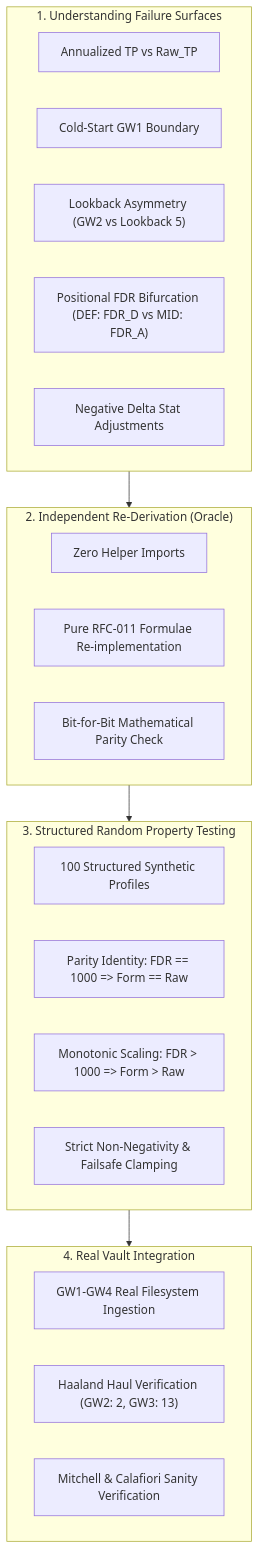
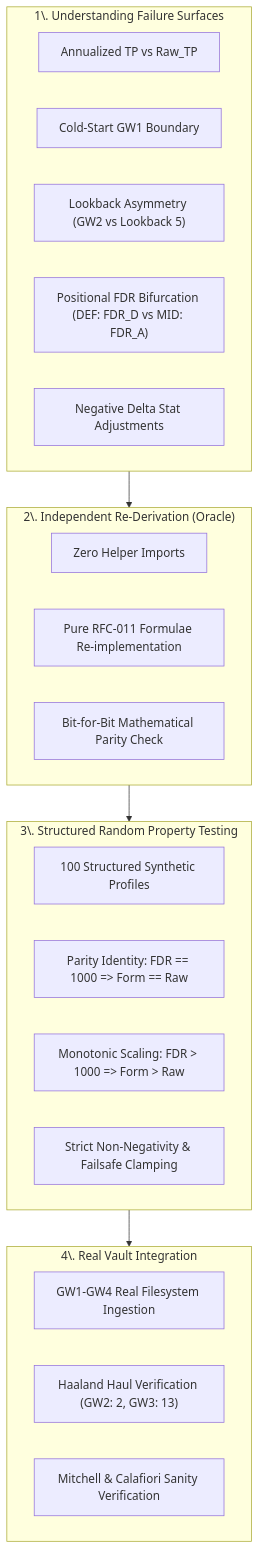
Before and after one commit to ianchanning/fpl-dominator: the second of 2 diagrams in README.md, drawn with Mermaid. The commit also changed 1 other file, not shown here.

Commit message:
docs: update README flowchart and GW3 scenario forge analysis

````diff
--- a/README.md
+++ b/README.md
@@ -204,31 +204,31 @@
 ```mermaid
 flowchart TD
-    subgraph Step1["1. Understanding Failure Surfaces"]
+    subgraph Step1["1\. Understanding Failure Surfaces"]
         A["Annualized TP vs Raw_TP"]
         B["Cold-Start GW1 Boundary"]
         C["Lookback Asymmetry (GW2 vs Lookback 5)"]
         D["Positional FDR Bifurcation (DEF: FDR_D vs MID: FDR_A)"]
         E["Negative Delta Stat Adjustments"]
     end
 
-    subgraph Step2["2. Independent Re-Derivation (Oracle)"]
+    subgraph Step2["2\. Independent Re-Derivation (Oracle)"]
         F["Zero Helper Imports"]
         G["Pure RFC-011 Formulae Re-implementation"]
         H["Bit-for-Bit Mathematical Parity Check"]
     end
 
-    subgraph Step3["3. Structured Random Property Testing"]
+    subgraph Step3["3\. Structured Random Property Testing"]
         I["100 Structured Synthetic Profiles"]
         J["Parity Identity: FDR == 1000 => Form == Raw"]
         K["Monotonic Scaling: FDR > 1000 => Form > Raw"]
         L["Strict Non-Negativity & Failsafe Clamping"]
     end
 
-    subgraph Step4["4. Real Vault Integration"]
+    subgraph Step4["4\. Real Vault Integration"]
         M["GW1-GW4 Real Filesystem Ingestion"]
         N["Haaland Haul Verification (GW2: 2, GW3: 13)"]
         O["Mitchell & Calafiori Sanity Verification"]
     end
 
     Step1 --> Step2 --> Step3 --> Step4
 ```
````
